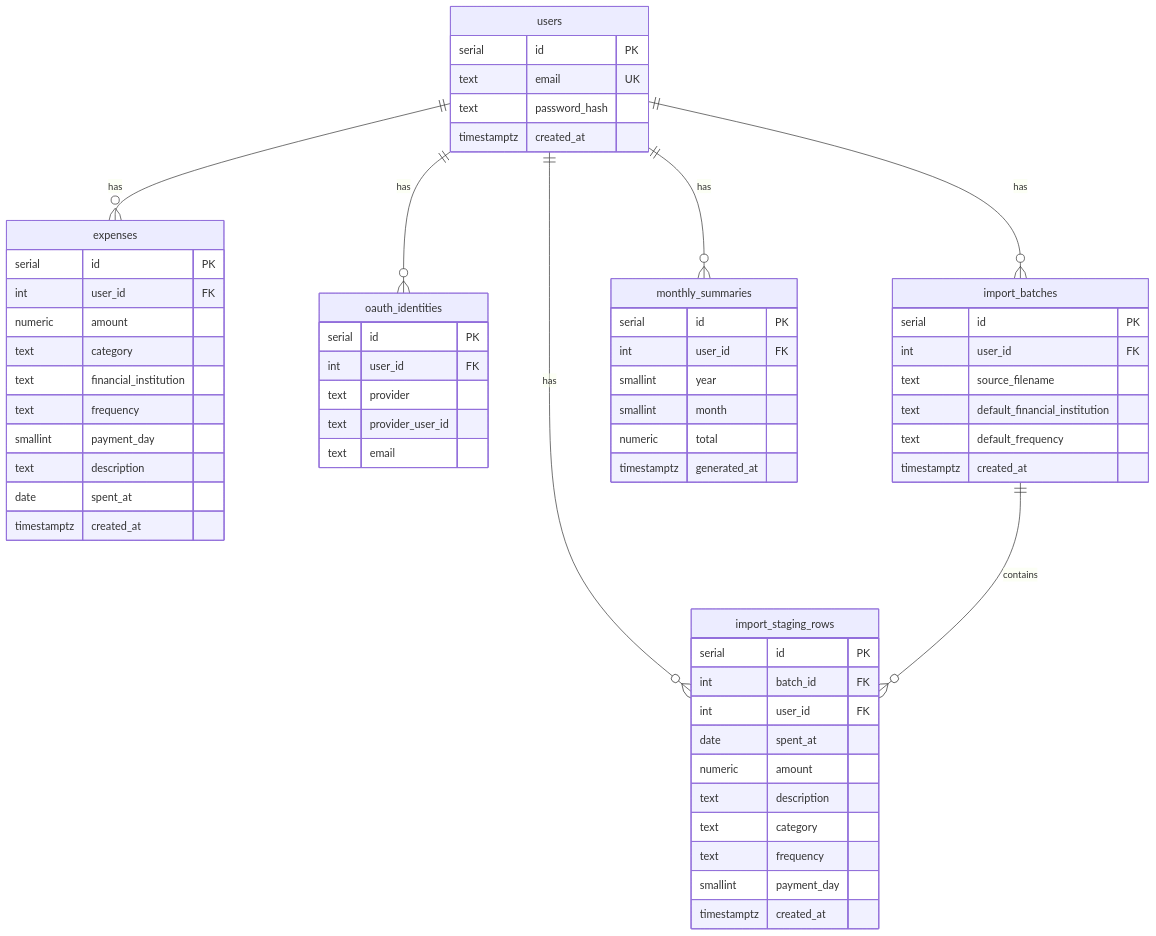
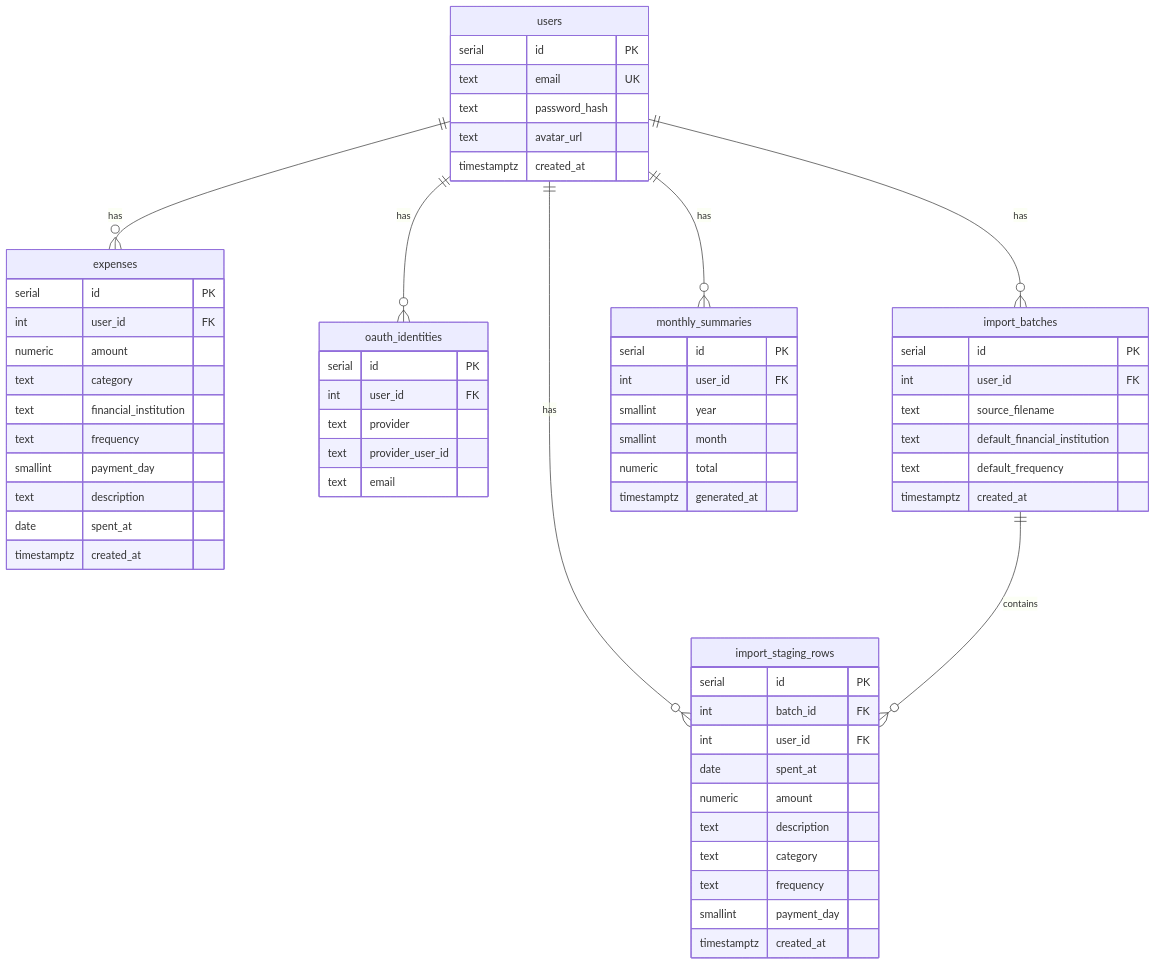
One commit to becomeonewiththecode/expense_tracker changed the eighth of 10 diagrams in docs/ARCHITECTURE_DIAGRAM.md. Above: the diagram before and after it, drawn with Mermaid. The commit also changed other lines of this file and 15 other files, not shown here.

````diff
--- a/docs/ARCHITECTURE_DIAGRAM.md
+++ b/docs/ARCHITECTURE_DIAGRAM.md
@@ -261,68 +264,69 @@
 ```mermaid
 erDiagram
   users ||--o{ expenses : has
   users ||--o{ oauth_identities : has
   users ||--o{ import_batches : has
   users ||--o{ import_staging_rows : has
   users ||--o{ monthly_summaries : has
   import_batches ||--o{ import_staging_rows : contains
 
   users {
     serial id PK
     text email UK
     text password_hash
+    text avatar_url
     timestamptz created_at
   }
 
   oauth_identities {
     serial id PK
     int user_id FK
     text provider
     text provider_user_id
     text email
   }
 
   expenses {
     serial id PK
     int user_id FK
     numeric amount
     text category
     text financial_institution
     text frequency
     smallint payment_day
     text description
     date spent_at
     timestamptz created_at
   }
 
   import_batches {
     serial id PK
     int user_id FK
     text source_filename
     text default_financial_institution
     text default_frequency
     timestamptz created_at
   }
 
   import_staging_rows {
     serial id PK
     int batch_id FK
     int user_id FK
     date spent_at
     numeric amount
     text description
     text category
     text frequency
     smallint payment_day
     timestamptz created_at
   }
 
   monthly_summaries {
     serial id PK
     int user_id FK
     smallint year
     smallint month
     numeric total
     timestamptz generated_at
   }
 ```
````
